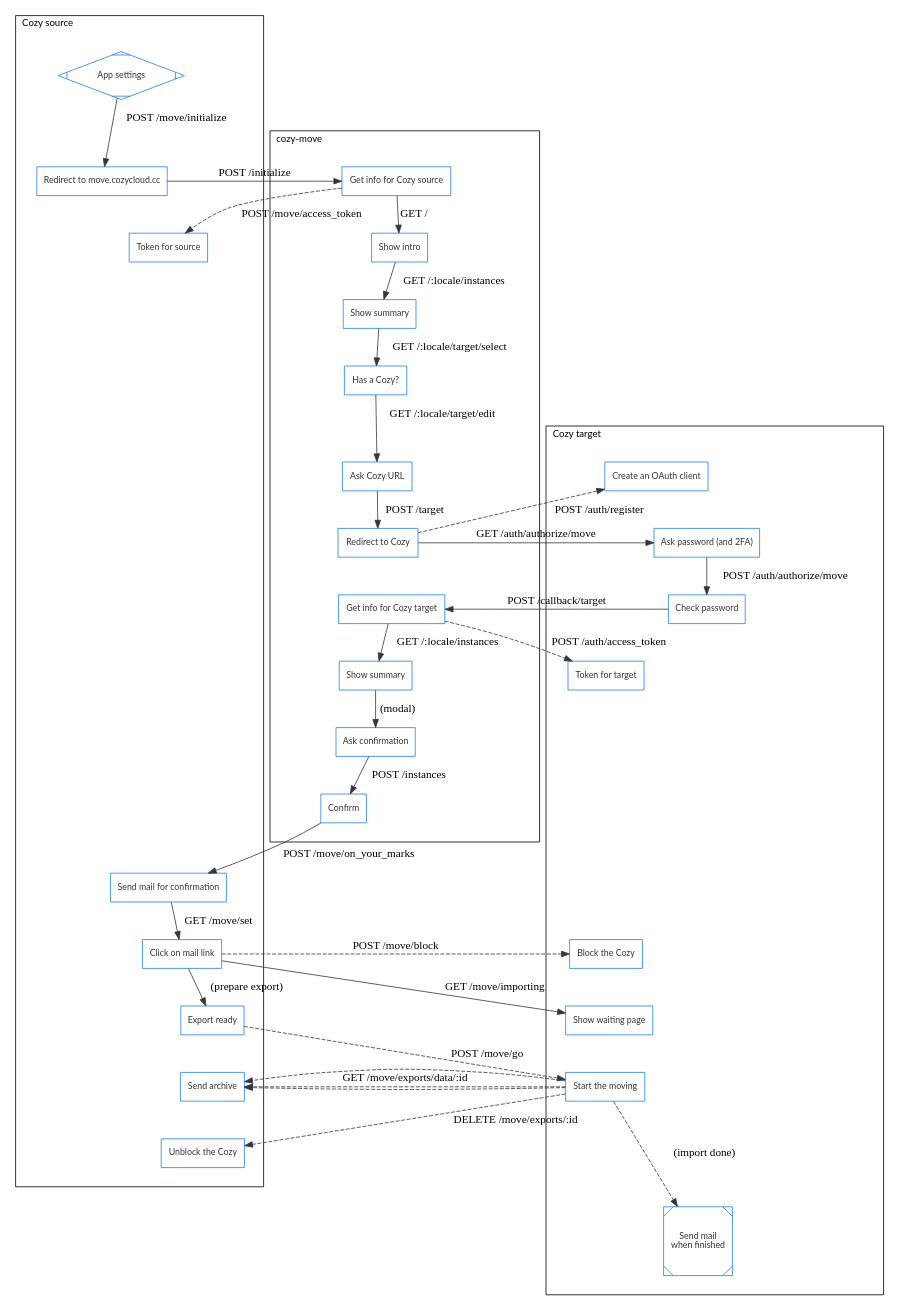
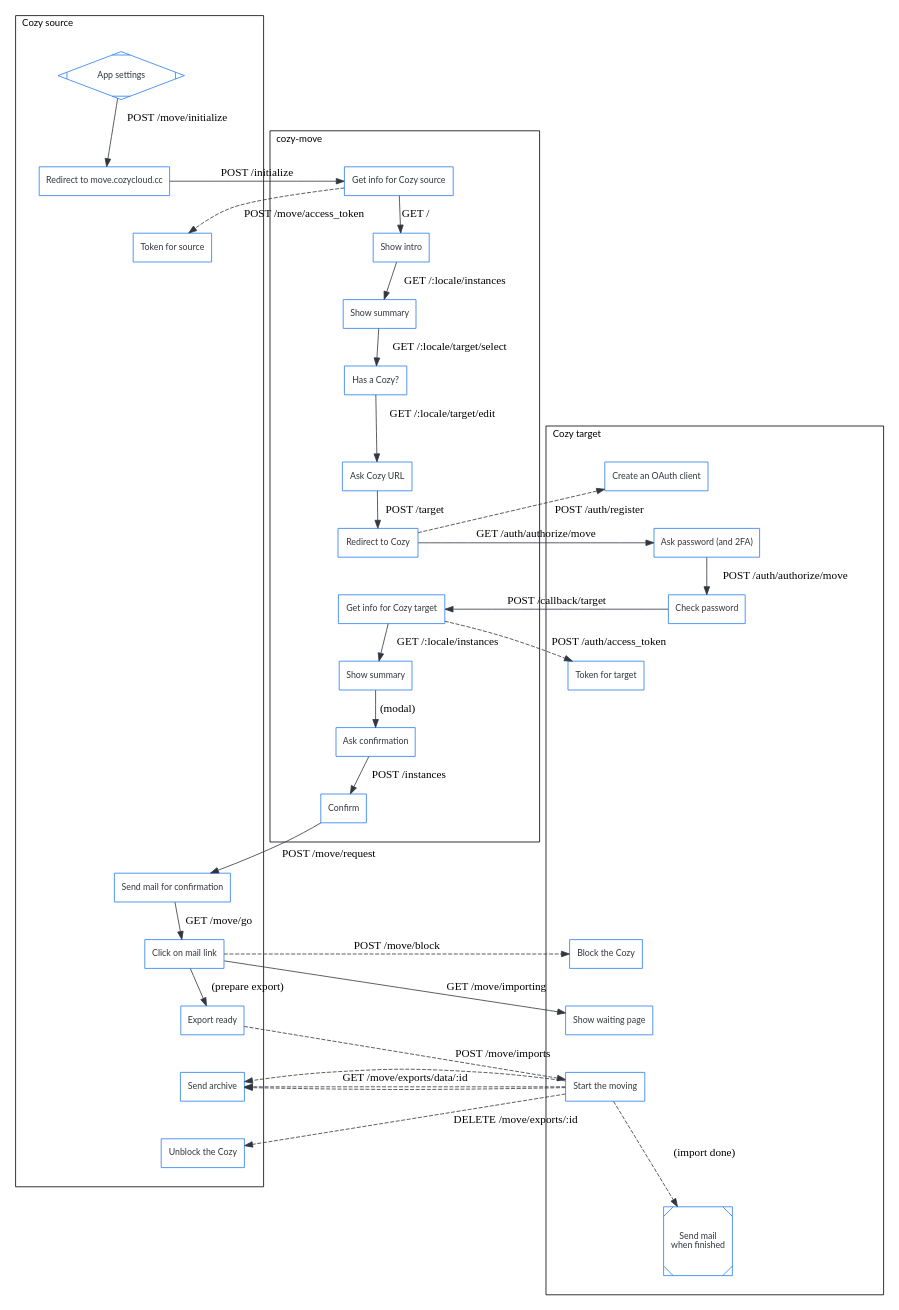
The diagram in docs/from-settings.gv (cozy/cozy-move), drawn with Graphviz before and after one commit. The commit also changed 2 other files, not shown here.

```diff
--- a/docs/from-settings.gv
+++ b/docs/from-settings.gv
@@ -1,87 +1,87 @@
 digraph bitwarden {
 	graph [splines=true];
 	node [shape="box", fontname="lato", fontsize=11, margin=0.12, color="#297EF2", fontcolor="#32363F"];
 	edge [color="#32363F"];
 	ranksep=0.45; nodesep=1.5;
 
 	subgraph cluster_source {
 		label="Cozy source"; labeljust="l"; fontname="lato"; fontsize=12; margin=24; rankdir=TB;
 		s_settings [label="App settings"; shape="Mdiamond"]
 		s_start [label="Redirect to move.cozycloud.cc"]
 		s_token [label="Token for source"]
 		s_confirm [label="Send mail for confirmation"]
 		s_mail [label="Click on mail link"]
 		s_ready [label="Export ready"]
 		s_data [label="Send archive"]
 		s_unblock [label="Unblock the Cozy"]
 		s_fake_1, s_fake_2, s_fake_3, s_fake_4, s_fake_5, s_fake_6, s_fake_7, s_fake_8 [style="invis"]
 	}
 
 	subgraph cluster_move {
 		label="cozy-move"; labeljust="l"; fontname="lato"; fontsize=12; margin=24;
 		m_source [label="Get info for Cozy source"]
 		m_intro [label="Show intro"]
 		m_index_1 [label="Show summary"]
 		m_select [label="Has a Cozy?"]
 		m_edit [label="Ask Cozy URL"]
 		m_post [label="Redirect to Cozy"]
 		m_target [label="Get info for Cozy target"]
 		m_index_2 [label="Show summary"]
 		m_warning [label="Ask confirmation"]
 		m_confirm [label="Confirm"]
 	}
 
 	subgraph cluster_target {
 		label="Cozy target"; labeljust="l"; fontname="lato"; fontsize=12; margin=24;
 		t_register [label="Create an OAuth client"]
 		t_export [label="Ask password (and 2FA)"]
 		t_export_2 [label="Check password"]
 		t_token [label="Token for target"]
 		t_block [label="Block the Cozy"]
 		t_run [label="Start the moving"]
 		t_wait [label="Show waiting page"]
 		t_done [label="Send mail\nwhen finished"; shape="Msquare"]
 		t_fake_1, t_fake_2, t_fake_3, t_fake_4 [style="invis"]
 	}
 
 	// User
 	s_settings -> s_start [label="POST /move/initialize"]
 	s_start -> m_source [label="POST /initialize"]
 	m_source -> m_intro [label="GET /"]
 	m_intro -> m_index_1 [label="GET /:locale/instances"]
 	m_index_1 -> m_select [label="GET /:locale/target/select"]
 	m_select -> m_edit [label="GET /:locale/target/edit"]
 	m_edit -> m_post [label="POST /target"]
 	m_post -> t_export [label="GET /auth/authorize/move"]
 	t_export -> t_export_2 [label="POST /auth/authorize/move"]
 	t_export_2 -> m_target [label="POST /callback/target"]
 	m_target -> m_index_2 [label="GET /:locale/instances"]
 	m_index_2 -> m_warning [label="(modal)"]
 	m_warning -> m_confirm [label="POST /instances"]
-	m_confirm -> s_confirm [label="POST /move/on_your_marks"]
-	s_confirm -> s_mail [label="GET /move/set"]
+	m_confirm -> s_confirm [label="POST /move/request"]
+	s_confirm -> s_mail [label="GET /move/go"]
 	s_mail -> t_wait [label="GET /move/importing"]
 
 	// Server to server
 	m_source -> s_token [label="POST /move/access_token"; style="dashed"]
 	m_post -> t_register [label="POST /auth/register"; style="dashed"]
 	m_target -> t_token [label="POST /auth/access_token"; style="dashed"]
 	s_mail -> t_block [label="POST /move/block"; style="dashed"]
 	s_mail -> s_ready [label="(prepare export)"]
-	s_ready -> t_run [label="POST /move/go"; style="dashed"]
+	s_ready -> t_run [label="POST /move/imports"; style="dashed"]
 	t_run -> s_data [label="GET /move/exports/data/:id"; style="dashed"]
 	t_run -> s_data [style="dashed"]
 	t_run -> s_data [style="dashed"]
 	t_run -> s_unblock [label="DELETE /move/exports/:id"; style="dashed"]
 	t_run -> t_done [label="(import done)"; style="dashed"]
 
 	// Hidden, just to preserve order between nodes inside clusters
 	s_start -> s_token [style="invis"]
 	s_token -> s_fake_1 -> s_fake_2 -> s_fake_3 -> s_fake_4 -> s_fake_5 -> s_fake_6 -> s_fake_7 -> s_fake_8 -> s_confirm [style="invis"]
 	m_post -> m_target [style="invis"]
 	t_register -> t_export [style="invis"]
 	t_export_2 -> t_token [style="invis"]
 	t_token -> t_fake_1 -> t_fake_2 -> t_fake_3 -> t_block [style="invis"]
 	t_block -> t_wait -> t_run -> t_fake_4 -> t_done [style="invis"]
 	s_ready -> s_data -> s_unblock [style="invis"]
 }
```
